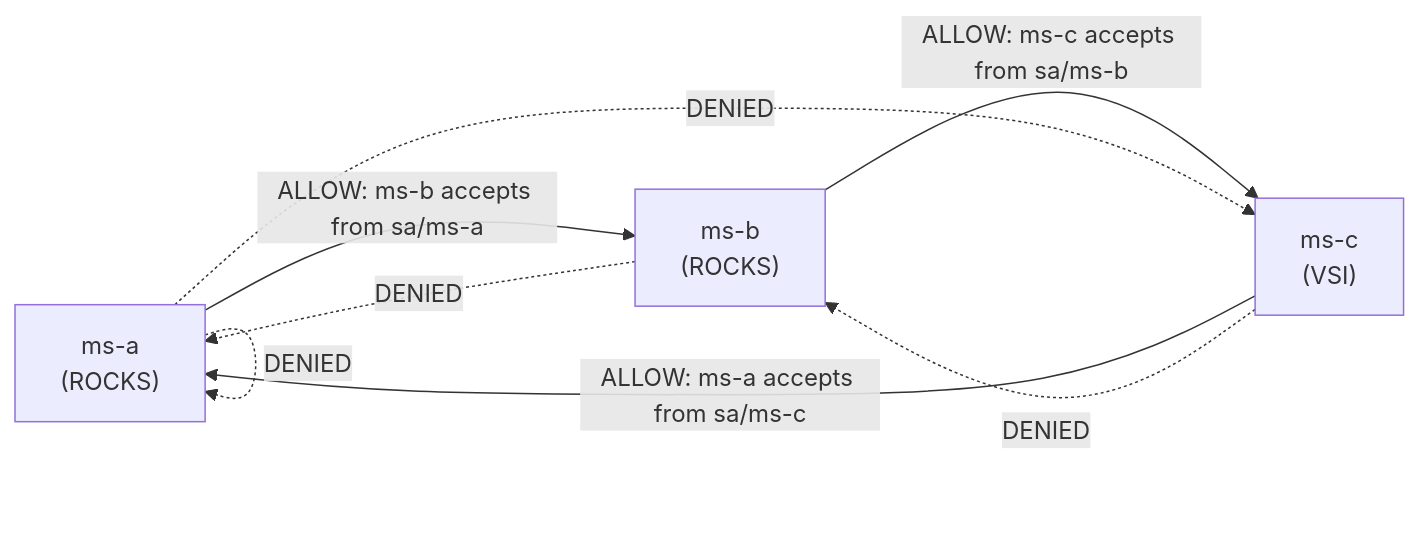
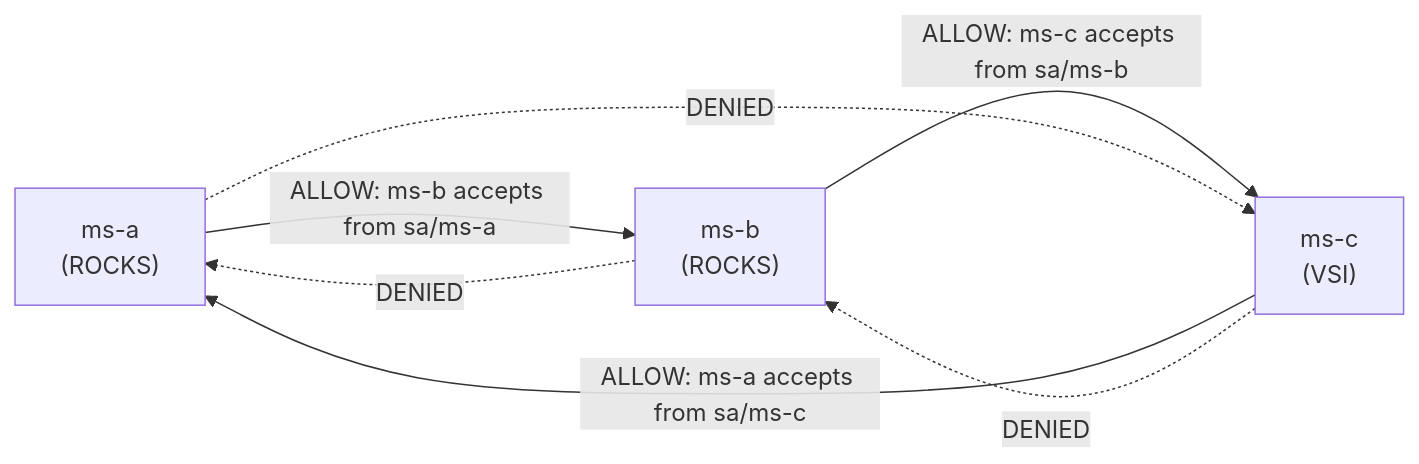
Before and after one commit to JWimsingues/osm-ambient-extended-vsi: the diagram in docs/communication-policy.md, drawn with Mermaid. The commit also changed other lines of this file and 15 other files, not shown here.

````diff
--- a/docs/communication-policy.md
+++ b/docs/communication-policy.md
@@ -7,15 +7,14 @@
 ```mermaid
 flowchart LR
   A["ms-a\n(ROCKS)"]
   B["ms-b\n(ROCKS)"]
   C["ms-c\n(VSI)"]
 
   A -->|"ALLOW: ms-b accepts from sa/ms-a"| B
   B -->|"ALLOW: ms-c accepts from sa/ms-b"| C
   C -->|"ALLOW: ms-a accepts from sa/ms-c"| A
 
   A -.->|DENIED| C
   B -.->|DENIED| A
   C -.->|DENIED| B
-  A -.->|DENIED| A
 ```
````
